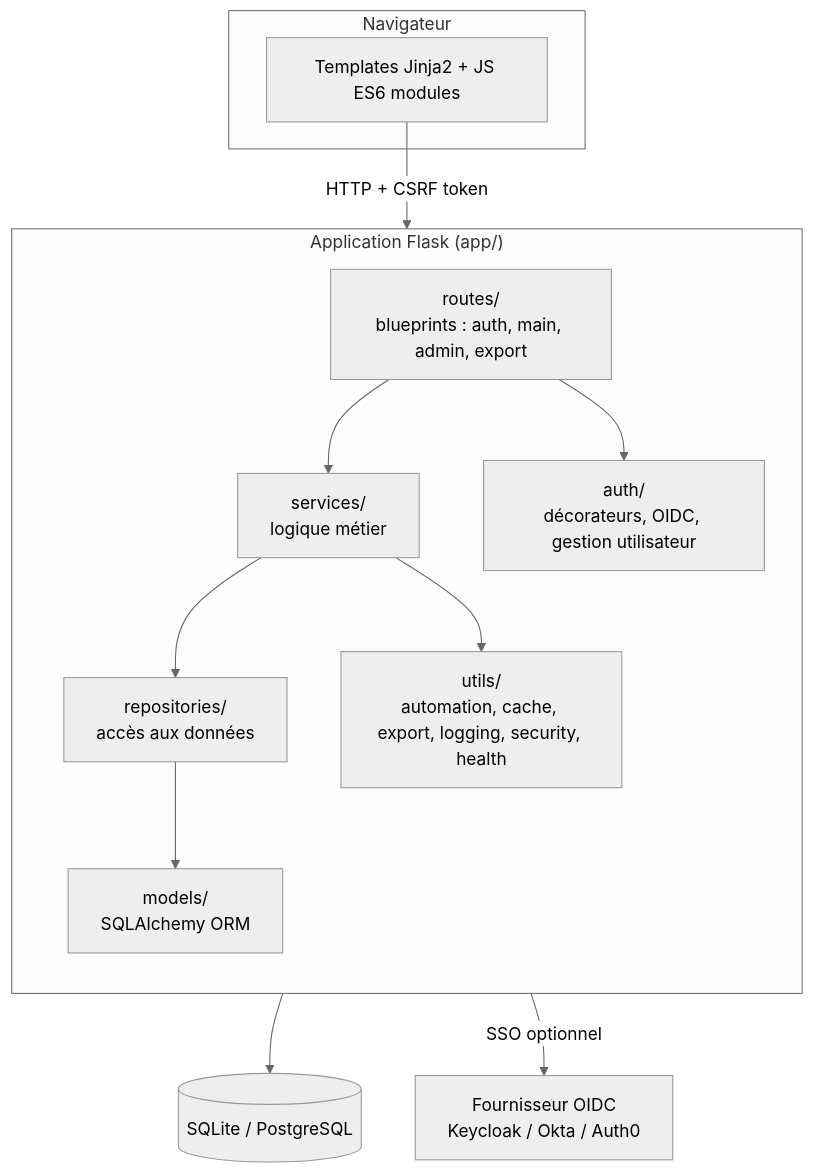
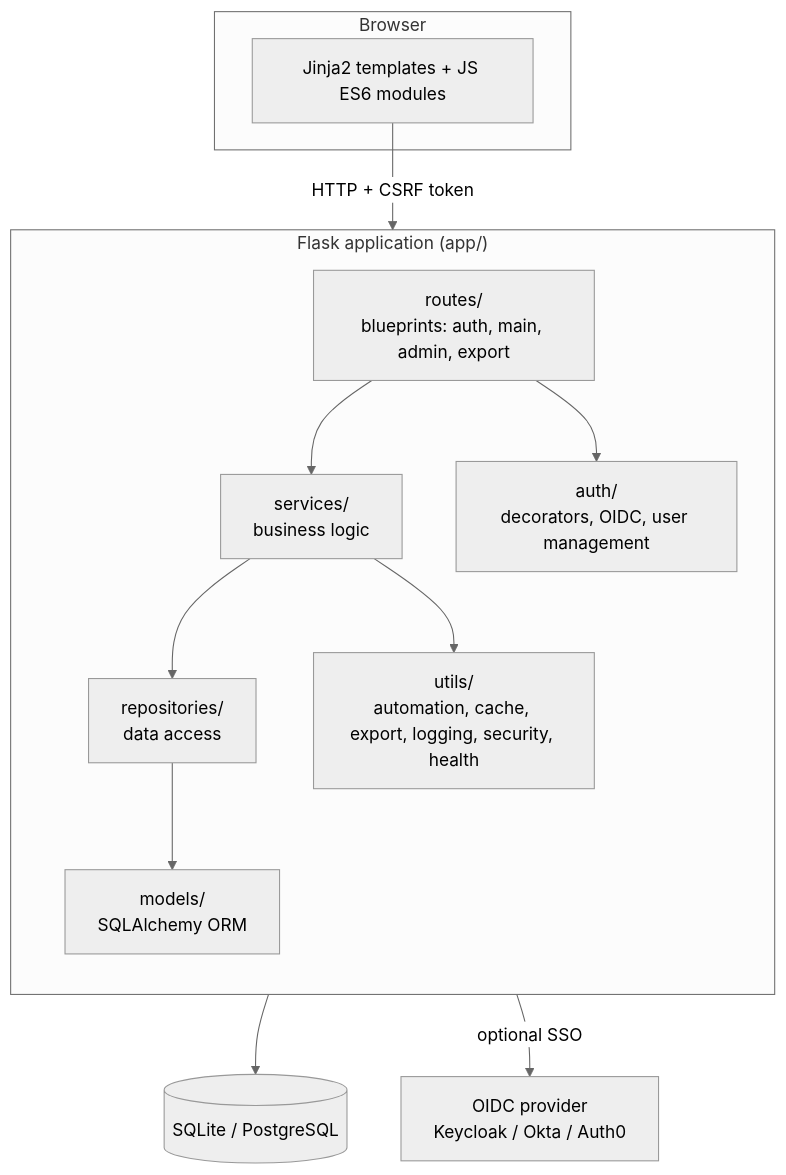
One commit to FoxOps/kairos changed the first of 2 diagrams in Docs/architecture/ARCHITECTURE.md. Above: the diagram before and after it, drawn with Mermaid (neutral theme). The commit also changed other lines of this file and 3 other files, not shown here.

Commit message:
docs(i18n): translate Docs/architecture/ and Docs/api/API.md to English

````diff
--- a/Docs/architecture/ARCHITECTURE.md
+++ b/Docs/architecture/ARCHITECTURE.md
@@ -16,29 +16,29 @@
 ```mermaid
 graph TB
-    subgraph Client["Navigateur"]
-        UI[Templates Jinja2 + JS ES6 modules]
+    subgraph Client["Browser"]
+        UI[Jinja2 templates + JS ES6 modules]
     end
 
-    subgraph Flask["Application Flask (app/)"]
+    subgraph Flask["Flask application (app/)"]
         direction TB
-        Routes["routes/<br/>blueprints : auth, main, admin, export"]
-        Services["services/<br/>logique métier"]
-        Repos["repositories/<br/>accès aux données"]
+        Routes["routes/<br/>blueprints: auth, main, admin, export"]
+        Services["services/<br/>business logic"]
+        Repos["repositories/<br/>data access"]
         Models["models/<br/>SQLAlchemy ORM"]
-        Auth["auth/<br/>décorateurs, OIDC, gestion utilisateur"]
+        Auth["auth/<br/>decorators, OIDC, user management"]
         Utils["utils/<br/>automation, cache, export, logging, security, health"]
 
         Routes --> Services
         Services --> Repos
         Repos --> Models
         Routes --> Auth
         Services --> Utils
     end
 
     DB[(SQLite / PostgreSQL)]
-    IdP[Fournisseur OIDC<br/>Keycloak / Okta / Auth0]
+    IdP[OIDC provider<br/>Keycloak / Okta / Auth0]
 
     UI -->|HTTP + CSRF token| Routes
     Models --> DB
-    Auth -->|SSO optionnel| IdP
+    Auth -->|optional SSO| IdP
 ```
````
